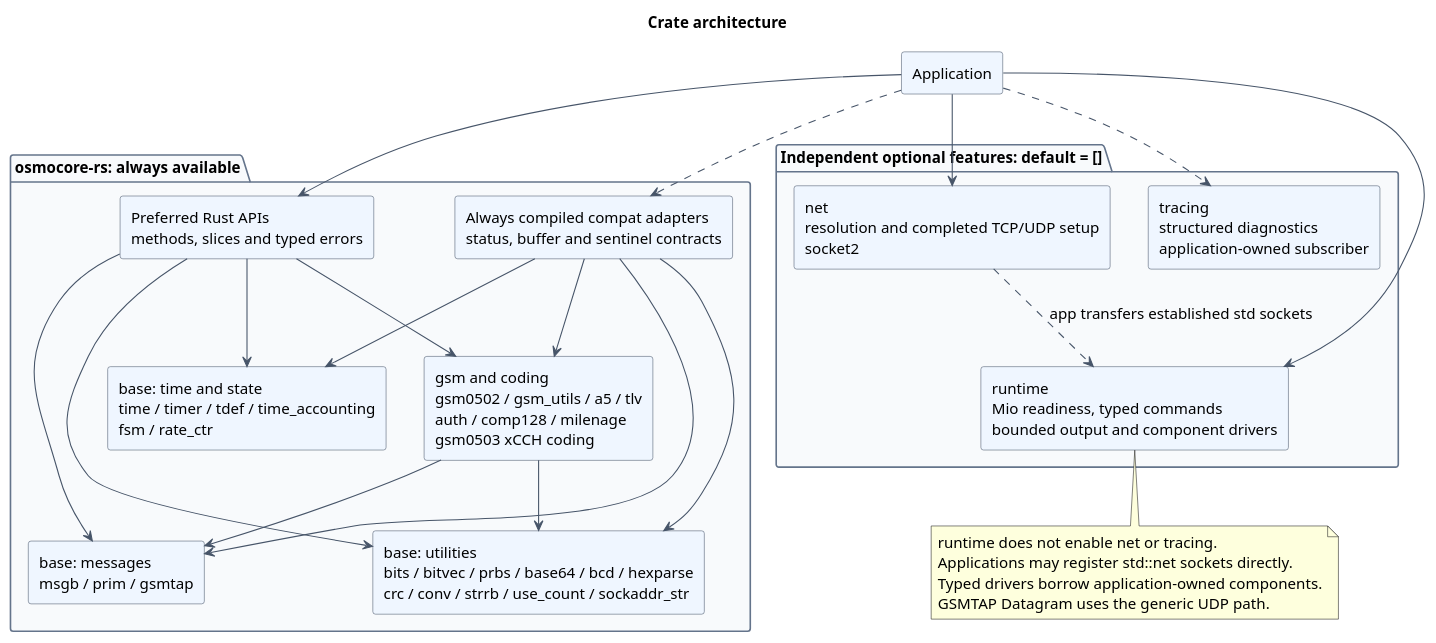
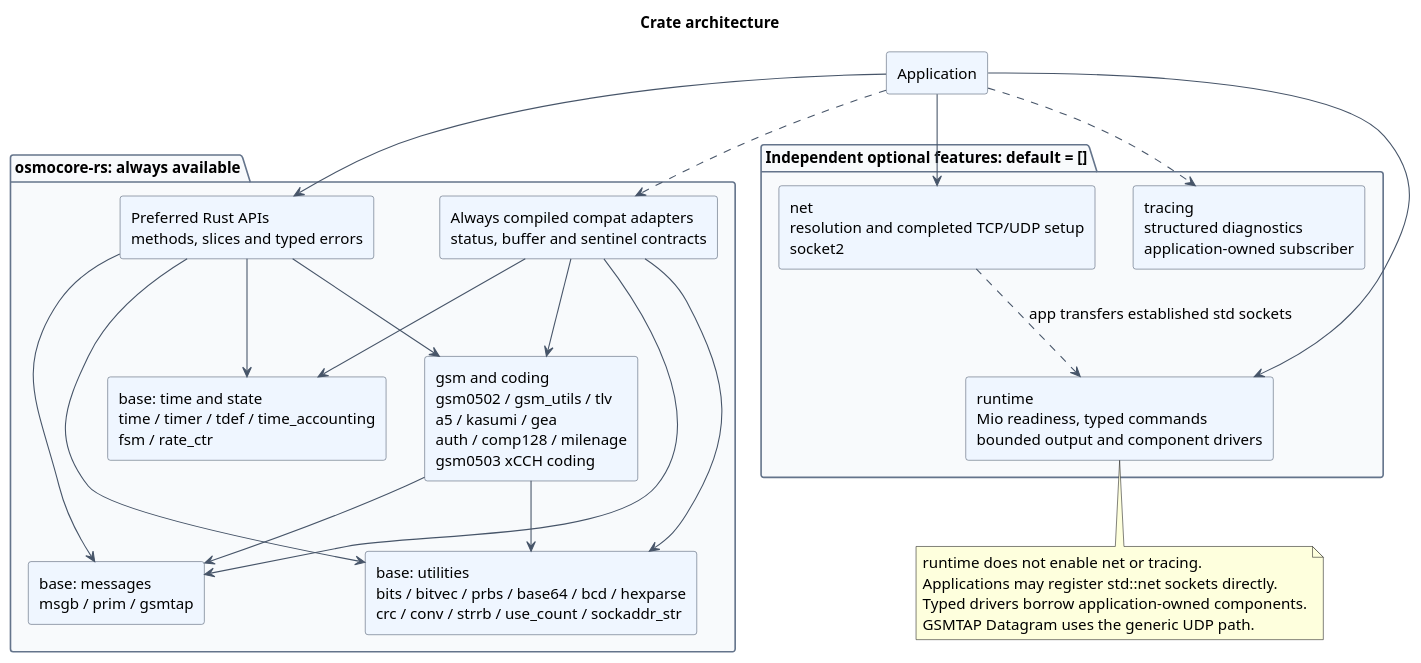
Before and after one commit to Silent-Wolf-Labs/osmocore-rs: the diagram in docs/architecture/diagrams/src/crate-architecture.puml, drawn with PlantUML. The commit also changed 37 other files, not shown here.

Commit message:
feat(gsm): add KASUMI, A5/3, A5/4, GEA3 and GEA4

```diff
--- a/docs/architecture/diagrams/src/crate-architecture.puml
+++ b/docs/architecture/diagrams/src/crate-architecture.puml
@@ -1,50 +1,50 @@
 @startuml
 title Crate architecture
 skinparam backgroundColor white
 skinparam shadowing false
 skinparam componentStyle rectangle
 skinparam defaultFontName SansSerif
 skinparam defaultFontSize 14
 skinparam ArrowColor #475569
 skinparam componentBackgroundColor #EFF6FF
 skinparam componentBorderColor #475569
 skinparam packageBackgroundColor #F8FAFC
 skinparam packageBorderColor #64748B
 top to bottom direction
 component "Application" as app
 package "osmocore-rs: always available" {
 component "Preferred Rust APIs\nmethods, slices and typed errors" as preferred
 component "Always compiled compat adapters\nstatus, buffer and sentinel contracts" as compat
 component "base: utilities\nbits / bitvec / prbs / base64 / bcd / hexparse\ncrc / conv / strrb / use_count / sockaddr_str" as utilities
 component "base: messages\nmsgb / prim / gsmtap" as messages
 component "base: time and state\ntime / timer / tdef / time_accounting\nfsm / rate_ctr" as components
-component "gsm and coding\ngsm0502 / gsm_utils / a5 / tlv\nauth / comp128 / milenage\ngsm0503 xCCH coding" as gsm
+component "gsm and coding\ngsm0502 / gsm_utils / tlv\na5 / kasumi / gea\nauth / comp128 / milenage\ngsm0503 xCCH coding" as gsm
 }
 package "Independent optional features: default = []" {
 component "net\nresolution and completed TCP/UDP setup\nsocket2" as net
 component "runtime\nMio readiness, typed commands\nbounded output and component drivers" as runtime
 component "tracing\nstructured diagnostics\napplication-owned subscriber" as tracing
 }
 app --> preferred
 app ..> compat
 preferred --> utilities
 preferred --> gsm
 preferred --> messages
 preferred --> components
 compat --> utilities
 compat --> gsm
 compat --> messages
 compat --> components
 gsm --> utilities
 gsm --> messages
 app --> net
 app --> runtime
 app ..> tracing
 net ..> runtime : app transfers established std sockets
 note bottom of runtime
 runtime does not enable net or tracing.
 Applications may register std::net sockets directly.
 Typed drivers borrow application-owned components.
 GSMTAP Datagram uses the generic UDP path.
 end note
 @enduml
```
